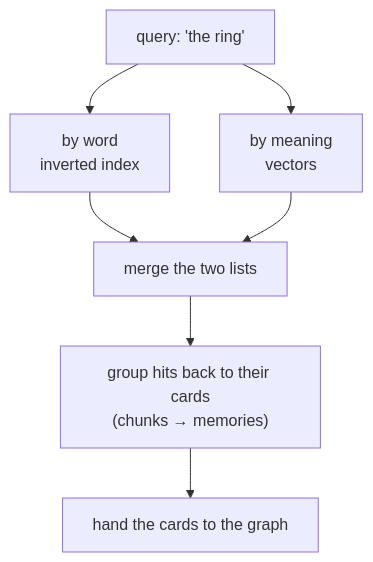
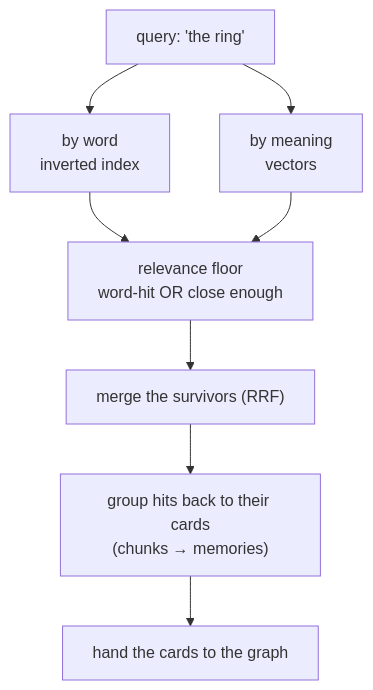
The diagram in guide/search.md (wefts/docs), drawn with Mermaid before and after one commit. The commit also changed other lines of this file and 9 other files, not shown here.

````diff
--- a/guide/search.md
+++ b/guide/search.md
@@ -28,10 +28,11 @@
 ```mermaid
 flowchart TD
     Q["query: 'the ring'"]
     Q --> W["by word<br/>inverted index"]
     Q --> M["by meaning<br/>vectors"]
-    W --> R["merge the two lists"]
-    M --> R
+    W --> F["relevance floor<br/>word-hit OR close enough"]
+    M --> F
+    F --> R["merge the survivors (RRF)"]
     R --> G["group hits back to their cards<br/>(chunks → memories)"]
     G --> H["hand the cards to the graph"]
 ```
````
